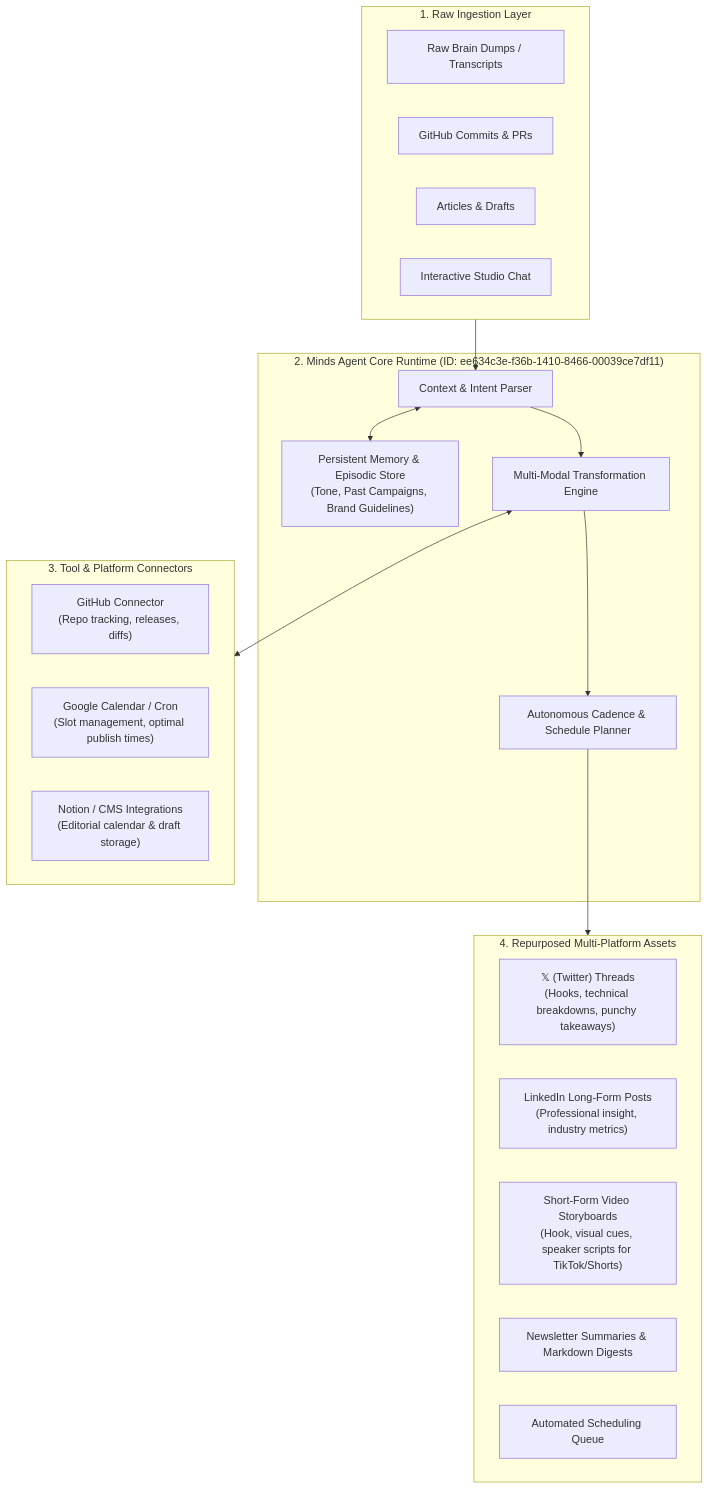
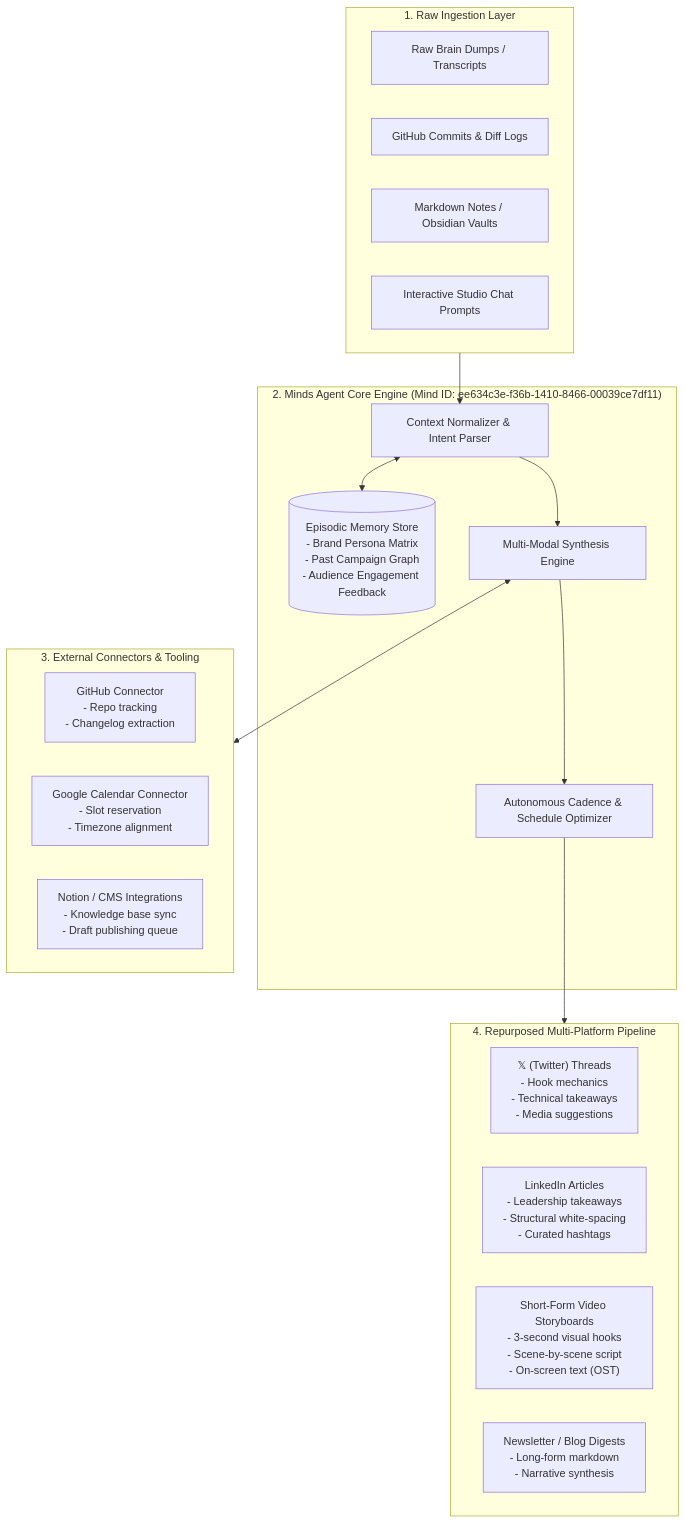
One commit to fokrulanthro16-eng/creator-os-agent changed the first of 2 diagrams in docs/architecture.md. Above: the diagram before and after it, drawn with Mermaid. The commit also changed other lines of this file and 3 other files, not shown here.

Commit message:
docs: enhance visual architecture diagrams, hackathon submission suite, and asset directories

````diff
--- a/docs/architecture.md
+++ b/docs/architecture.md
@@ -11,37 +9,36 @@
 ```mermaid
 flowchart TD
-    subgraph Inputs["1. Raw Ingestion Layer"]
+    subgraph INGESTION["1. Raw Ingestion Layer"]
         A1["Raw Brain Dumps / Transcripts"]
-        A2["GitHub Commits & PRs"]
-        A3["Articles & Drafts"]
-        A4["Interactive Studio Chat"]
+        A2["GitHub Commits & Diff Logs"]
+        A3["Markdown Notes / Obsidian Vaults"]
+        A4["Interactive Studio Chat Prompts"]
     end
 
-    subgraph AgentCore["2. Minds Agent Core Runtime (ID: ee634c3e-f36b-1410-8466-00039ce7df11)"]
-        B1["Context & Intent Parser"]
-        B2["Persistent Memory & Episodic Store\n(Tone, Past Campaigns, Brand Guidelines)"]
-        B3["Multi-Modal Transformation Engine"]
-        B4["Autonomous Cadence & Schedule Planner"]
+    subgraph MINDS_CORE["2. Minds Agent Core Engine (Mind ID: ee634c3e-f36b-1410-8466-00039ce7df11)"]
+        B1["Context Normalizer & Intent Parser"]
+        B2[("Episodic Memory Store\n- Brand Persona Matrix\n- Past Campaign Graph\n- Audience Engagement Feedback")]
+        B3["Multi-Modal Synthesis Engine"]
+        B4["Autonomous Cadence & Schedule Optimizer"]
     end
 
-    subgraph Connectors["3. Tool & Platform Connectors"]
-        C1["GitHub Connector\n(Repo tracking, releases, diffs)"]
-        C2["Google Calendar / Cron\n(Slot management, optimal publish times)"]
-        C3["Notion / CMS Integrations\n(Editorial calendar & draft storage)"]
+    subgraph CONNECTORS["3. External Connectors & Tooling"]
+        C1["GitHub Connector\n- Repo tracking\n- Changelog extraction"]
+        C2["Google Calendar Connector\n- Slot reservation\n- Timezone alignment"]
+        C3["Notion / CMS Integrations\n- Knowledge base sync\n- Draft publishing queue"]
     end
 
-    subgraph Outputs["4. Repurposed Multi-Platform Assets"]
-        D1["𝕏 (Twitter) Threads\n(Hooks, technical breakdowns, punchy takeaways)"]
-        D2["LinkedIn Long-Form Posts\n(Professional insight, industry metrics)"]
-        D3["Short-Form Video Storyboards\n(Hook, visual cues, speaker scripts for TikTok/Shorts)"]
-        D4["Newsletter Summaries & Markdown Digests"]
-        D5["Automated Scheduling Queue"]
+    subgraph OUTPUT_PIPELINE["4. Repurposed Multi-Platform Pipeline"]
+        D1["𝕏 (Twitter) Threads\n- Hook mechanics\n- Technical takeaways\n- Media suggestions"]
+        D2["LinkedIn Articles\n- Leadership takeaways\n- Structural white-spacing\n- Curated hashtags"]
+        D3["Short-Form Video Storyboards\n- 3-second visual hooks\n- Scene-by-scene script\n- On-screen text (OST)"]
+        D4["Newsletter / Blog Digests\n- Long-form markdown\n- Narrative synthesis"]
     end
 
-    Inputs --> B1
+    INGESTION --> B1
     B1 <--> B2
     B1 --> B3
-    B3 <--> Connectors
+    B3 <--> CONNECTORS
     B3 --> B4
-    B4 --> Outputs
+    B4 --> OUTPUT_PIPELINE
 ```
````
